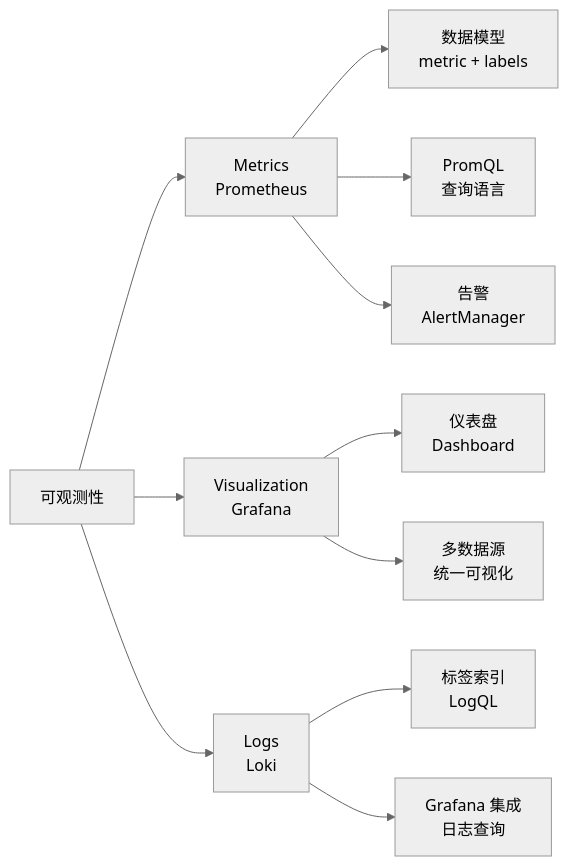
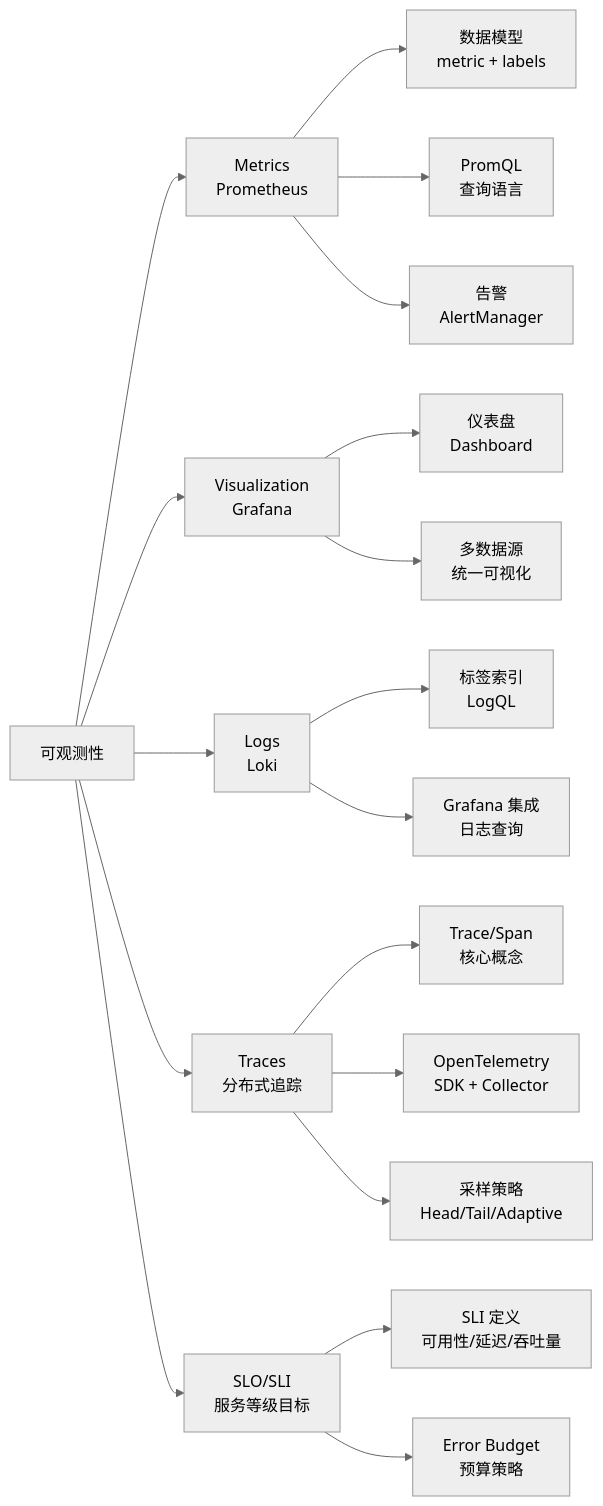
The diagram in note/04.system-design/08-observability/README.md (wb04307201/wb04307201), drawn with Mermaid (neutral theme) before and after one commit. The commit also changed other lines of this file and 2 other files, not shown here.

First line of the commit message:
feat(04.system-design): 可观测性补全 Tracing + SLO/SLI

````diff
--- a/note/04.system-design/08-observability/README.md
+++ b/note/04.system-design/08-observability/README.md
@@ -18,16 +18,25 @@
 ```mermaid
 graph LR
     OBS["可观测性"] --> M["Metrics<br/>Prometheus"]
     OBS --> V["Visualization<br/>Grafana"]
     OBS --> L["Logs<br/>Loki"]
+    OBS --> T["Traces<br/>分布式追踪"]
+    OBS --> SLO["SLO/SLI<br/>服务等级目标"]
 
     M --> M1["数据模型<br/>metric + labels"]
     M --> M2["PromQL<br/>查询语言"]
     M --> M3["告警<br/>AlertManager"]
 
     V --> V1["仪表盘<br/>Dashboard"]
     V --> V2["多数据源<br/>统一可视化"]
 
     L --> L1["标签索引<br/>LogQL"]
     L --> L2["Grafana 集成<br/>日志查询"]
+
+    T --> T1["Trace/Span<br/>核心概念"]
+    T --> T2["OpenTelemetry<br/>SDK + Collector"]
+    T --> T3["采样策略<br/>Head/Tail/Adaptive"]
+
+    SLO --> S1["SLI 定义<br/>可用性/延迟/吞吐量"]
+    SLO --> S2["Error Budget<br/>预算策略"]
 ```
````
